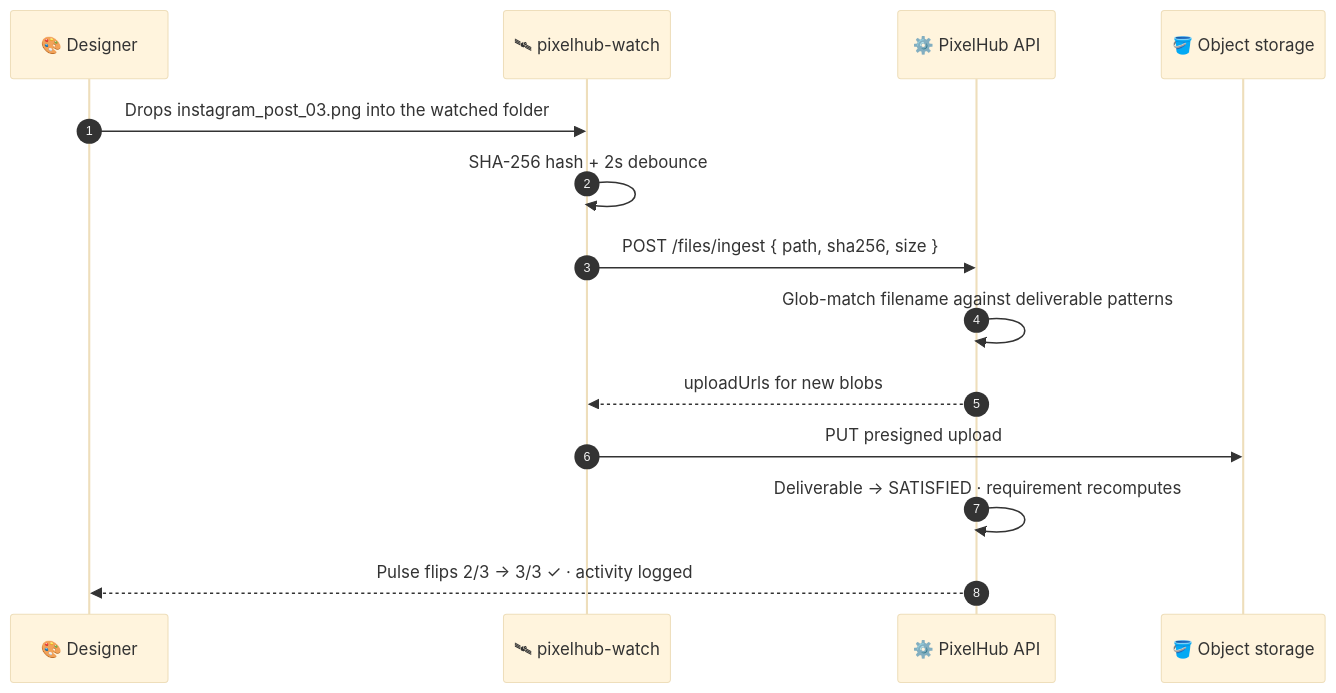
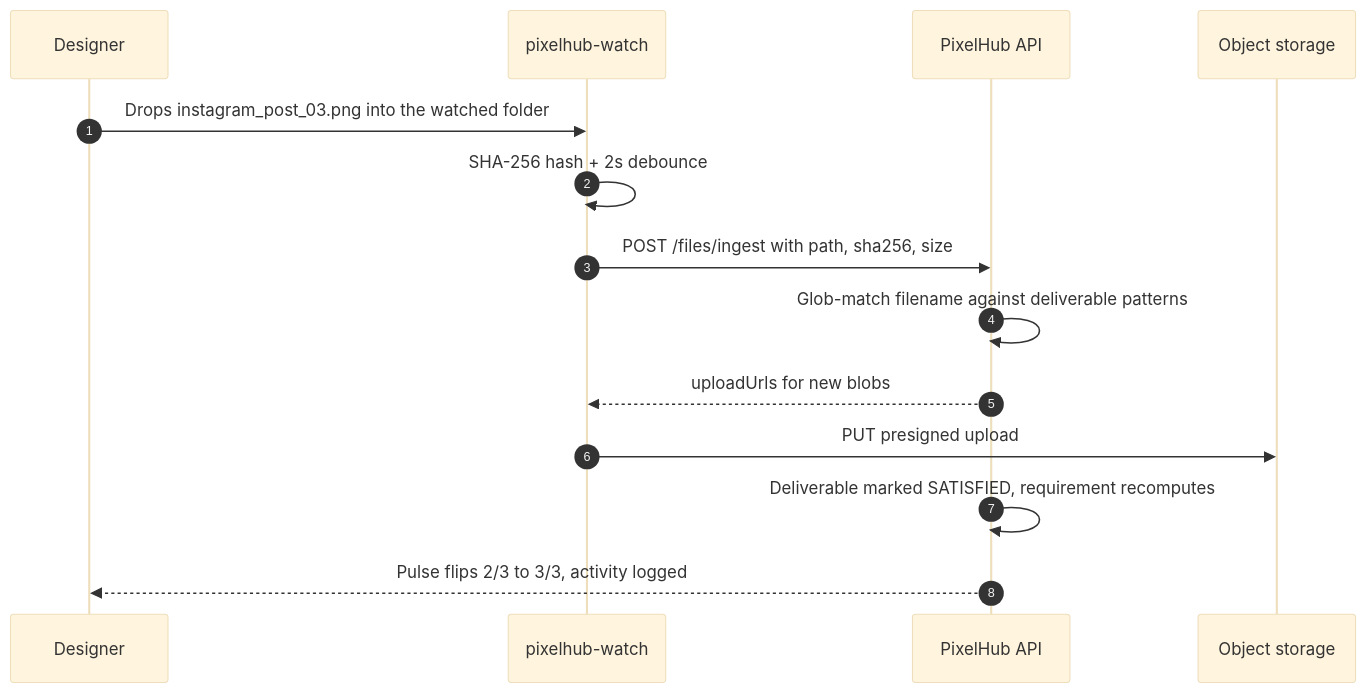
The second of 4 diagrams in README.md (shishirastogi/pixelhub), drawn with Mermaid (base theme) before and after one commit. The commit also changed other lines of this file, not shown here.

Commit message:
docs: fix mermaid parse errors by removing emoji/variation-selectors from diagram labels

````diff
--- a/README.md
+++ b/README.md
@@ -127,17 +127,17 @@
 ```mermaid
 sequenceDiagram
     autonumber
-    participant D as 🎨 Designer
-    participant W as 🛰 pixelhub-watch
-    participant A as ⚙️ PixelHub API
-    participant S as 🪣 Object storage
+    participant D as Designer
+    participant W as pixelhub-watch
+    participant A as PixelHub API
+    participant S as Object storage
 
     D->>W: Drops instagram_post_03.png into the watched folder
     W->>W: SHA-256 hash + 2s debounce
-    W->>A: POST /files/ingest { path, sha256, size }
+    W->>A: POST /files/ingest with path, sha256, size
     A->>A: Glob-match filename against deliverable patterns
     A-->>W: uploadUrls for new blobs
     W->>S: PUT presigned upload
-    A->>A: Deliverable → SATISFIED · requirement recomputes
-    A-->>D: Pulse flips 2/3 → 3/3 ✓ · activity logged
+    A->>A: Deliverable marked SATISFIED, requirement recomputes
+    A-->>D: Pulse flips 2/3 to 3/3, activity logged
 ```
````
